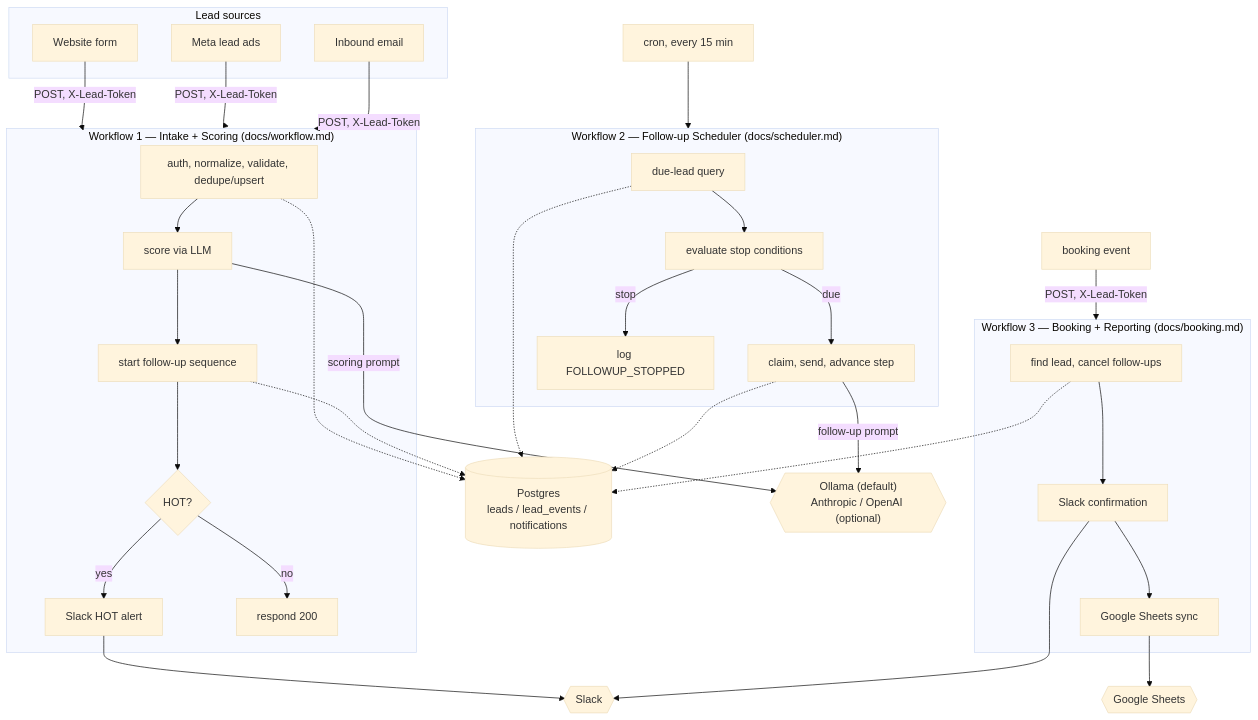
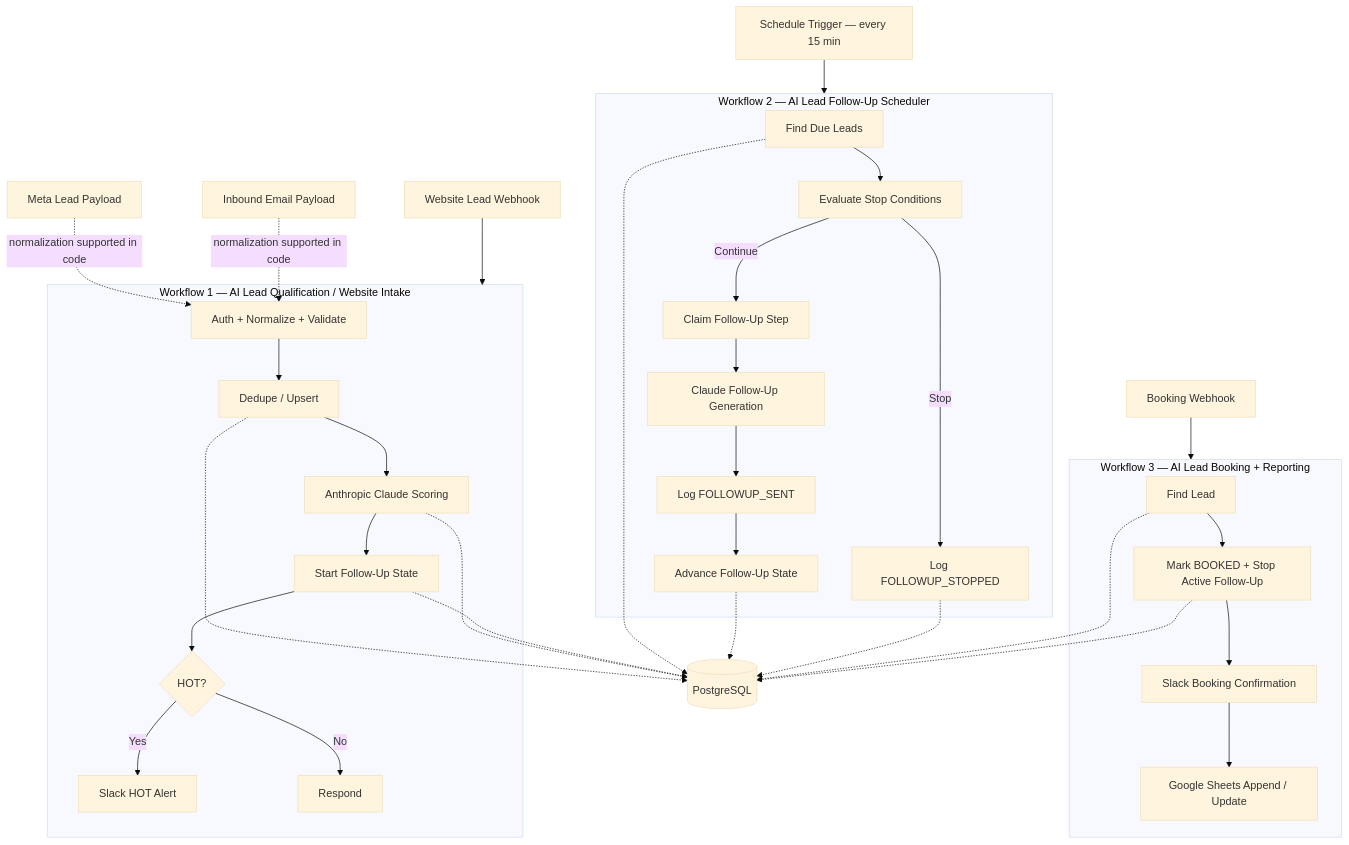
Before and after one commit to geoshavi/ai-lead-qualification-followup-automation: the diagram in README.md, drawn with Mermaid (base theme). The commit also changed other lines of this file, not shown here.

````diff
--- a/README.md
+++ b/README.md
@@ -141,46 +60,47 @@
 ```mermaid
 flowchart TD
-    subgraph Sources["Lead sources"]
-        WEB["Website form"]
-        META["Meta lead ads"]
-        MAIL["Inbound email"]
+
+    WEB["Website Lead Webhook"] --> W1
+
+    META["Meta Lead Payload"] -. "normalization supported in code" .-> NORM
+    MAIL["Inbound Email Payload"] -. "normalization supported in code" .-> NORM
+
+    subgraph W1["Workflow 1 — AI Lead Qualification / Website Intake"]
+        NORM["Auth + Normalize + Validate"] --> DEDUPE["Dedupe / Upsert"]
+        DEDUPE --> SCORE["Anthropic Claude Scoring"]
+        SCORE --> FOLLOW["Start Follow-Up State"]
+        FOLLOW --> HOT{"HOT?"}
+        HOT -->|Yes| ALERT["Slack HOT Alert"]
+        HOT -->|No| RESPONSE["Respond"]
     end
 
-    WEB & META & MAIL -->|"POST, X-Lead-Token"| W1
+    DEDUPE -.-> PG[("PostgreSQL")]
+    SCORE -.-> PG
+    FOLLOW -.-> PG
 
-    subgraph W1["Workflow 1 — Intake + Scoring (docs/workflow.md)"]
-        I1["auth, normalize, validate, dedupe/upsert"] --> I2["score via LLM"]
-        I2 --> I3["start follow-up sequence"]
-        I3 --> I4{"HOT?"}
-        I4 -->|yes| I5["Slack HOT alert"]
-        I4 -->|no| I6["respond 200"]
+    CRON["Schedule Trigger — every 15 min"] --> W2
+
+    subgraph W2["Workflow 2 — AI Lead Follow-Up Scheduler"]
+        DUE["Find Due Leads"] --> STOP["Evaluate Stop Conditions"]
+        STOP -->|Continue| CLAIM["Claim Follow-Up Step"]
+        CLAIM --> GEN["Claude Follow-Up Generation"]
+        GEN --> LOG["Log FOLLOWUP_SENT"]
+        LOG --> ADVANCE["Advance Follow-Up State"]
+        STOP -->|Stop| STOPLOG["Log FOLLOWUP_STOPPED"]
     end
 
-    I1 -.-> PG[("Postgres\nleads / lead_events / notifications")]
-    I3 -.-> PG
-    I2 -->|"scoring prompt"| LLM{{"Ollama (default)\nAnthropic / OpenAI (optional)"}}
-    I5 --> SLACK{{"Slack"}}
+    DUE -.-> PG
+    ADVANCE -.-> PG
+    STOPLOG -.-> PG
 
-    CRON["cron, every 15 min"] --> W2
+    BOOK["Booking Webhook"] --> W3
 
-    subgraph W2["Workflow 2 — Follow-up Scheduler (docs/scheduler.md)"]
-        S1["due-lead query"] --> S2["evaluate stop conditions"]
-        S2 -->|due| S3["claim, send, advance step"]
-        S2 -->|stop| S4["log FOLLOWUP_STOPPED"]
+    subgraph W3["Workflow 3 — AI Lead Booking + Reporting"]
+        FIND["Find Lead"] --> CANCEL["Mark BOOKED + Stop Active Follow-Up"]
+        CANCEL --> BOOKSLACK["Slack Booking Confirmation"]
+        BOOKSLACK --> SHEET["Google Sheets Append / Update"]
     end
 
-    S1 -.-> PG
-    S3 -.-> PG
-    S3 -->|"follow-up prompt"| LLM
-
-    BOOK["booking event"] -->|"POST, X-Lead-Token"| W3
-
-    subgraph W3["Workflow 3 — Booking + Reporting (docs/booking.md)"]
-        B1["find lead, cancel follow-ups"] --> B2["Slack confirmation"]
-        B2 --> B3["Google Sheets sync"]
-    end
-
-    B1 -.-> PG
-    B2 --> SLACK
-    B3 --> SHEETS{{"Google Sheets"}}
+    FIND -.-> PG
+    CANCEL -.-> PG
 ```
````
